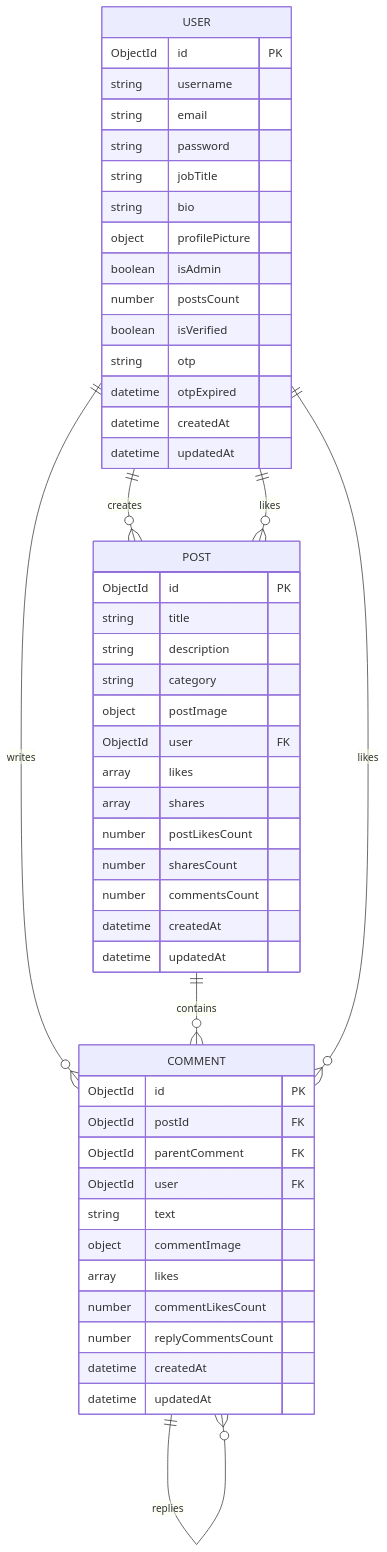
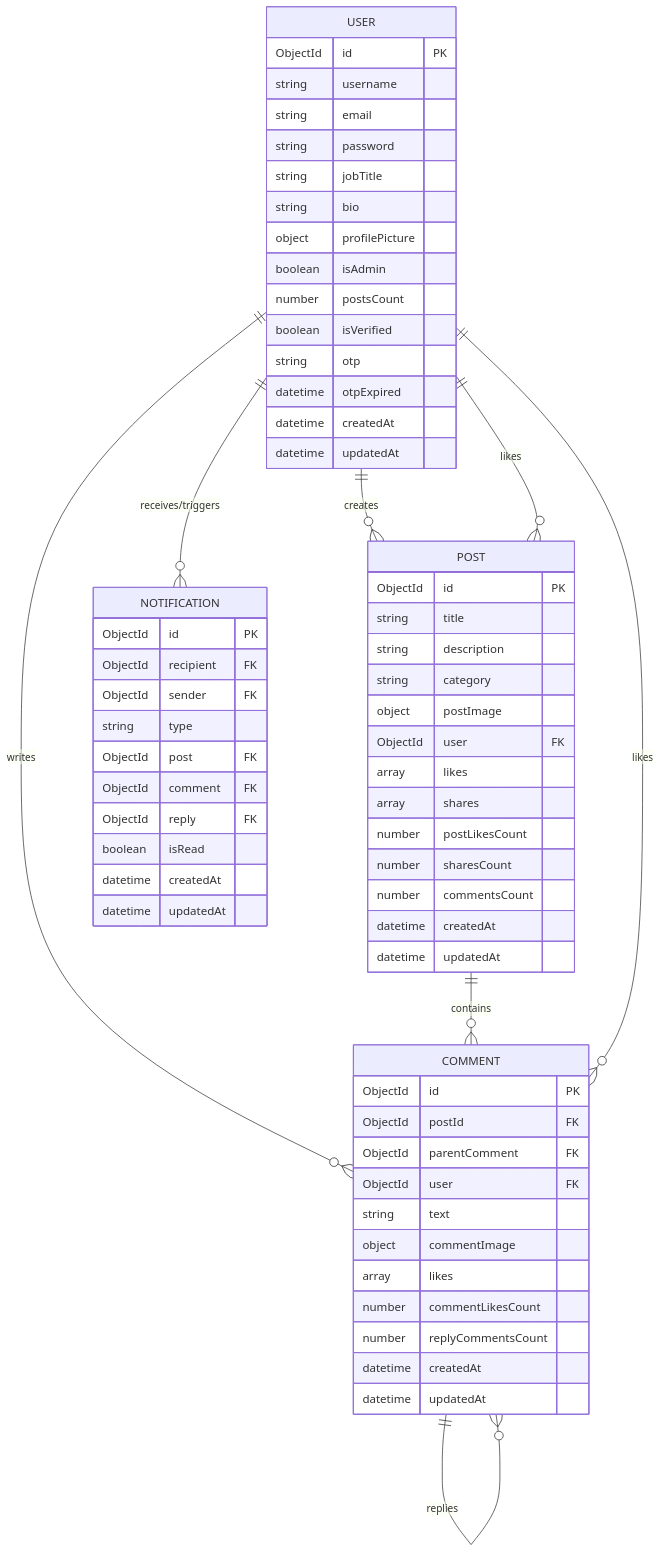
One commit to EmadAhmed6/Fluxion changed the diagram in backend/README.md. Above: the diagram before and after it, drawn with Mermaid. The commit also changed other lines of this file and 69 other files, not shown here.

````diff
--- a/backend/README.md
+++ b/backend/README.md
@@ -54,56 +59,70 @@
 ```mermaid
 erDiagram
     USER ||--o{ POST : "creates"
     USER ||--o{ COMMENT : "writes"
     POST ||--o{ COMMENT : "contains"
     COMMENT ||--o{ COMMENT : "replies"
     USER ||--o{ POST : "likes"
     USER ||--o{ COMMENT : "likes"
+    USER ||--o{ NOTIFICATION : "receives/triggers"
 
     USER {
         ObjectId id PK
         string username
         string email
         string password
         string jobTitle
         string bio
         object profilePicture
         boolean isAdmin
         number postsCount
         boolean isVerified
         string otp
         datetime otpExpired
         datetime createdAt
         datetime updatedAt
     }
 
     POST {
         ObjectId id PK
         string title
         string description
         string category
         object postImage
         ObjectId user FK
         array likes
         array shares
         number postLikesCount
         number sharesCount
         number commentsCount
         datetime createdAt
         datetime updatedAt
     }
 
     COMMENT {
         ObjectId id PK
         ObjectId postId FK
         ObjectId parentComment FK
         ObjectId user FK
         string text
         object commentImage
         array likes
         number commentLikesCount
         number replyCommentsCount
         datetime createdAt
         datetime updatedAt
     }
+
+    NOTIFICATION {
+        ObjectId id PK
+        ObjectId recipient FK
+        ObjectId sender FK
+        string type
+        ObjectId post FK
+        ObjectId comment FK
+        ObjectId reply FK
+        boolean isRead
+        datetime createdAt
+        datetime updatedAt
+    }
 ```
````
